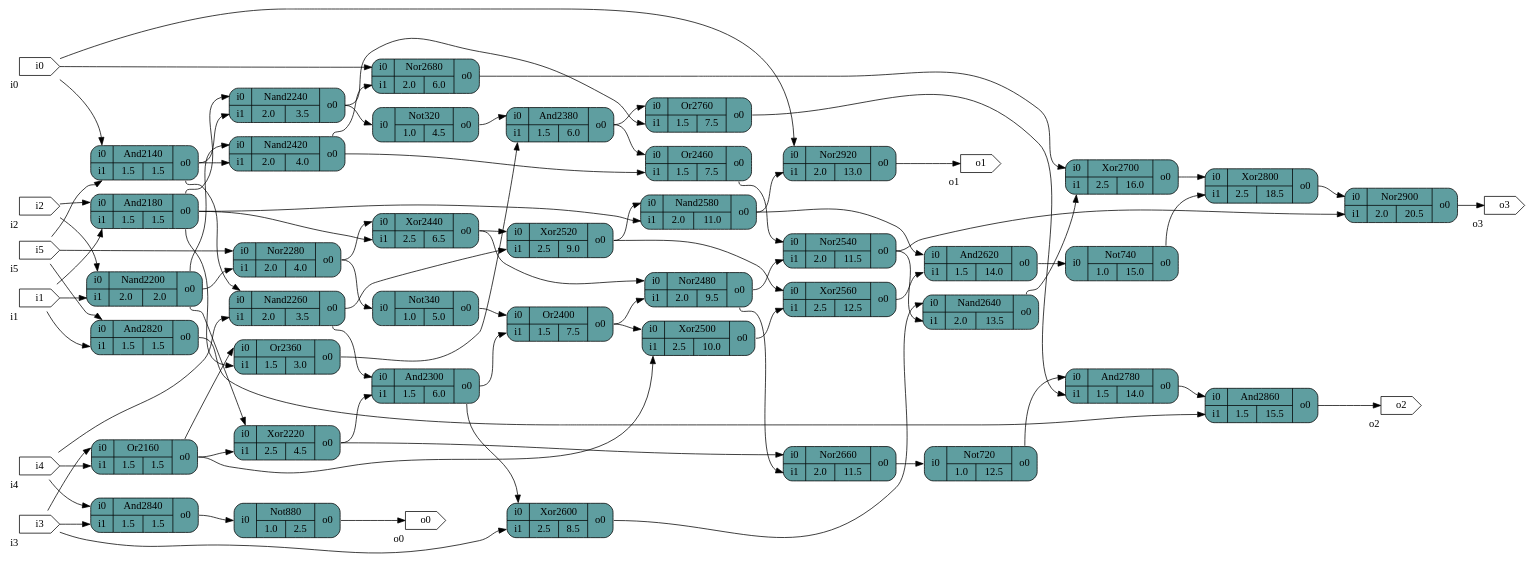
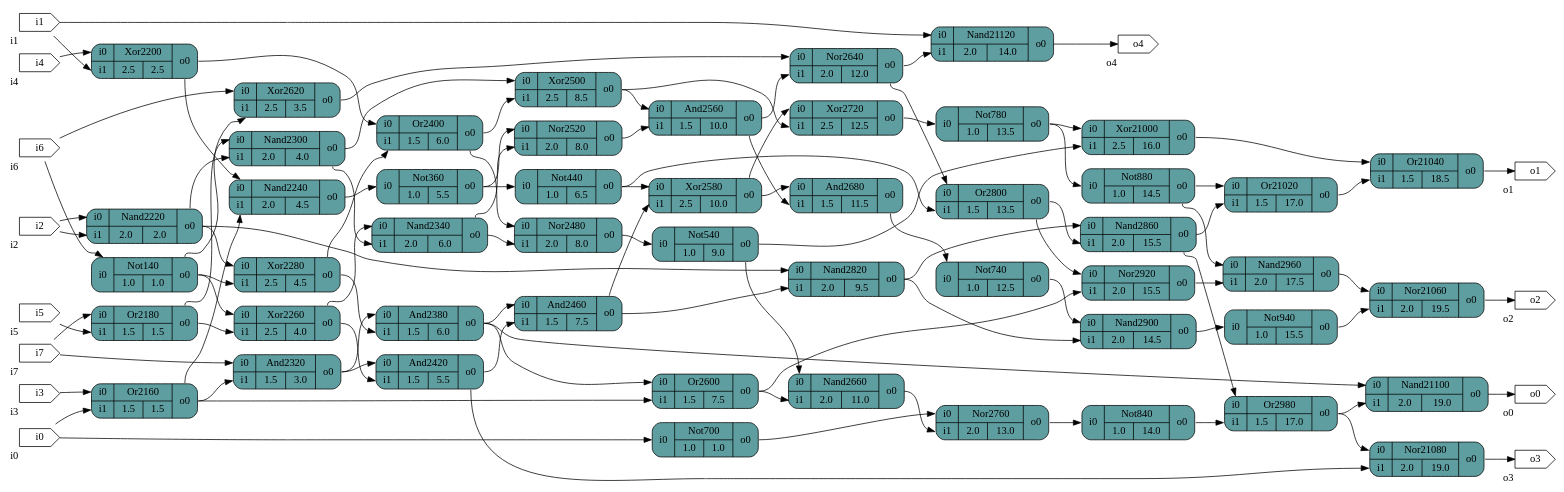
The diagram in rand_circ.dot (Quentin-Tual/Netenos), drawn with Graphviz before and after one commit. The commit also changed 9 other files, not shown here.

```diff
--- a/rand_circ.dot
+++ b/rand_circ.dot
@@ -1,132 +1,161 @@
 digraph test {
 		graph [rankdir = LR];
-		And2140[shape=record; style="rounded,filled"; fillcolor=cadetblue; label="{{<i0>i0|<i1>i1}|{And2140|{1.5|1.5}}|{<o0>o0}}"]
+		Not140[shape=record; style="rounded,filled"; fillcolor=cadetblue; label="{{<i0>i0}|{Not140|{1.0|1.0}}|{<o0>o0}}"]
 		Or2160[shape=record; style="rounded,filled"; fillcolor=cadetblue; label="{{<i0>i0|<i1>i1}|{Or2160|{1.5|1.5}}|{<o0>o0}}"]
-		And2180[shape=record; style="rounded,filled"; fillcolor=cadetblue; label="{{<i0>i0|<i1>i1}|{And2180|{1.5|1.5}}|{<o0>o0}}"]
-		Nand2200[shape=record; style="rounded,filled"; fillcolor=cadetblue; label="{{<i0>i0|<i1>i1}|{Nand2200|{2.0|2.0}}|{<o0>o0}}"]
-		Xor2220[shape=record; style="rounded,filled"; fillcolor=cadetblue; label="{{<i0>i0|<i1>i1}|{Xor2220|{2.5|4.5}}|{<o0>o0}}"]
-		Nand2240[shape=record; style="rounded,filled"; fillcolor=cadetblue; label="{{<i0>i0|<i1>i1}|{Nand2240|{2.0|3.5}}|{<o0>o0}}"]
-		Nand2260[shape=record; style="rounded,filled"; fillcolor=cadetblue; label="{{<i0>i0|<i1>i1}|{Nand2260|{2.0|3.5}}|{<o0>o0}}"]
-		Nor2280[shape=record; style="rounded,filled"; fillcolor=cadetblue; label="{{<i0>i0|<i1>i1}|{Nor2280|{2.0|4.0}}|{<o0>o0}}"]
-		And2300[shape=record; style="rounded,filled"; fillcolor=cadetblue; label="{{<i0>i0|<i1>i1}|{And2300|{1.5|6.0}}|{<o0>o0}}"]
-		Not320[shape=record; style="rounded,filled"; fillcolor=cadetblue; label="{{<i0>i0}|{Not320|{1.0|4.5}}|{<o0>o0}}"]
-		Not340[shape=record; style="rounded,filled"; fillcolor=cadetblue; label="{{<i0>i0}|{Not340|{1.0|5.0}}|{<o0>o0}}"]
-		Or2360[shape=record; style="rounded,filled"; fillcolor=cadetblue; label="{{<i0>i0|<i1>i1}|{Or2360|{1.5|3.0}}|{<o0>o0}}"]
+		Or2180[shape=record; style="rounded,filled"; fillcolor=cadetblue; label="{{<i0>i0|<i1>i1}|{Or2180|{1.5|1.5}}|{<o0>o0}}"]
+		Xor2200[shape=record; style="rounded,filled"; fillcolor=cadetblue; label="{{<i0>i0|<i1>i1}|{Xor2200|{2.5|2.5}}|{<o0>o0}}"]
+		Nand2220[shape=record; style="rounded,filled"; fillcolor=cadetblue; label="{{<i0>i0|<i1>i1}|{Nand2220|{2.0|2.0}}|{<o0>o0}}"]
+		Nand2240[shape=record; style="rounded,filled"; fillcolor=cadetblue; label="{{<i0>i0|<i1>i1}|{Nand2240|{2.0|4.5}}|{<o0>o0}}"]
+		Xor2260[shape=record; style="rounded,filled"; fillcolor=cadetblue; label="{{<i0>i0|<i1>i1}|{Xor2260|{2.5|4.0}}|{<o0>o0}}"]
+		Xor2280[shape=record; style="rounded,filled"; fillcolor=cadetblue; label="{{<i0>i0|<i1>i1}|{Xor2280|{2.5|4.5}}|{<o0>o0}}"]
+		Nand2300[shape=record; style="rounded,filled"; fillcolor=cadetblue; label="{{<i0>i0|<i1>i1}|{Nand2300|{2.0|4.0}}|{<o0>o0}}"]
+		And2320[shape=record; style="rounded,filled"; fillcolor=cadetblue; label="{{<i0>i0|<i1>i1}|{And2320|{1.5|3.0}}|{<o0>o0}}"]
+		Nand2340[shape=record; style="rounded,filled"; fillcolor=cadetblue; label="{{<i0>i0|<i1>i1}|{Nand2340|{2.0|6.0}}|{<o0>o0}}"]
+		Not360[shape=record; style="rounded,filled"; fillcolor=cadetblue; label="{{<i0>i0}|{Not360|{1.0|5.5}}|{<o0>o0}}"]
 		And2380[shape=record; style="rounded,filled"; fillcolor=cadetblue; label="{{<i0>i0|<i1>i1}|{And2380|{1.5|6.0}}|{<o0>o0}}"]
-		Or2400[shape=record; style="rounded,filled"; fillcolor=cadetblue; label="{{<i0>i0|<i1>i1}|{Or2400|{1.5|7.5}}|{<o0>o0}}"]
-		Nand2420[shape=record; style="rounded,filled"; fillcolor=cadetblue; label="{{<i0>i0|<i1>i1}|{Nand2420|{2.0|4.0}}|{<o0>o0}}"]
-		Xor2440[shape=record; style="rounded,filled"; fillcolor=cadetblue; label="{{<i0>i0|<i1>i1}|{Xor2440|{2.5|6.5}}|{<o0>o0}}"]
-		Or2460[shape=record; style="rounded,filled"; fillcolor=cadetblue; label="{{<i0>i0|<i1>i1}|{Or2460|{1.5|7.5}}|{<o0>o0}}"]
-		Nor2480[shape=record; style="rounded,filled"; fillcolor=cadetblue; label="{{<i0>i0|<i1>i1}|{Nor2480|{2.0|9.5}}|{<o0>o0}}"]
-		Xor2500[shape=record; style="rounded,filled"; fillcolor=cadetblue; label="{{<i0>i0|<i1>i1}|{Xor2500|{2.5|10.0}}|{<o0>o0}}"]
-		Xor2520[shape=record; style="rounded,filled"; fillcolor=cadetblue; label="{{<i0>i0|<i1>i1}|{Xor2520|{2.5|9.0}}|{<o0>o0}}"]
-		Nor2540[shape=record; style="rounded,filled"; fillcolor=cadetblue; label="{{<i0>i0|<i1>i1}|{Nor2540|{2.0|11.5}}|{<o0>o0}}"]
-		Xor2560[shape=record; style="rounded,filled"; fillcolor=cadetblue; label="{{<i0>i0|<i1>i1}|{Xor2560|{2.5|12.5}}|{<o0>o0}}"]
-		Nand2580[shape=record; style="rounded,filled"; fillcolor=cadetblue; label="{{<i0>i0|<i1>i1}|{Nand2580|{2.0|11.0}}|{<o0>o0}}"]
-		Xor2600[shape=record; style="rounded,filled"; fillcolor=cadetblue; label="{{<i0>i0|<i1>i1}|{Xor2600|{2.5|8.5}}|{<o0>o0}}"]
-		And2620[shape=record; style="rounded,filled"; fillcolor=cadetblue; label="{{<i0>i0|<i1>i1}|{And2620|{1.5|14.0}}|{<o0>o0}}"]
-		Nand2640[shape=record; style="rounded,filled"; fillcolor=cadetblue; label="{{<i0>i0|<i1>i1}|{Nand2640|{2.0|13.5}}|{<o0>o0}}"]
-		Nor2660[shape=record; style="rounded,filled"; fillcolor=cadetblue; label="{{<i0>i0|<i1>i1}|{Nor2660|{2.0|11.5}}|{<o0>o0}}"]
-		Nor2680[shape=record; style="rounded,filled"; fillcolor=cadetblue; label="{{<i0>i0|<i1>i1}|{Nor2680|{2.0|6.0}}|{<o0>o0}}"]
-		Xor2700[shape=record; style="rounded,filled"; fillcolor=cadetblue; label="{{<i0>i0|<i1>i1}|{Xor2700|{2.5|16.0}}|{<o0>o0}}"]
-		Not720[shape=record; style="rounded,filled"; fillcolor=cadetblue; label="{{<i0>i0}|{Not720|{1.0|12.5}}|{<o0>o0}}"]
-		Not740[shape=record; style="rounded,filled"; fillcolor=cadetblue; label="{{<i0>i0}|{Not740|{1.0|15.0}}|{<o0>o0}}"]
-		Or2760[shape=record; style="rounded,filled"; fillcolor=cadetblue; label="{{<i0>i0|<i1>i1}|{Or2760|{1.5|7.5}}|{<o0>o0}}"]
-		And2780[shape=record; style="rounded,filled"; fillcolor=cadetblue; label="{{<i0>i0|<i1>i1}|{And2780|{1.5|14.0}}|{<o0>o0}}"]
-		Xor2800[shape=record; style="rounded,filled"; fillcolor=cadetblue; label="{{<i0>i0|<i1>i1}|{Xor2800|{2.5|18.5}}|{<o0>o0}}"]
-		And2820[shape=record; style="rounded,filled"; fillcolor=cadetblue; label="{{<i0>i0|<i1>i1}|{And2820|{1.5|1.5}}|{<o0>o0}}"]
-		And2840[shape=record; style="rounded,filled"; fillcolor=cadetblue; label="{{<i0>i0|<i1>i1}|{And2840|{1.5|1.5}}|{<o0>o0}}"]
-		And2860[shape=record; style="rounded,filled"; fillcolor=cadetblue; label="{{<i0>i0|<i1>i1}|{And2860|{1.5|15.5}}|{<o0>o0}}"]
-		Not880[shape=record; style="rounded,filled"; fillcolor=cadetblue; label="{{<i0>i0}|{Not880|{1.0|2.5}}|{<o0>o0}}"]
-		Nor2900[shape=record; style="rounded,filled"; fillcolor=cadetblue; label="{{<i0>i0|<i1>i1}|{Nor2900|{2.0|20.5}}|{<o0>o0}}"]
-		Nor2920[shape=record; style="rounded,filled"; fillcolor=cadetblue; label="{{<i0>i0|<i1>i1}|{Nor2920|{2.0|13.0}}|{<o0>o0}}"]
+		Or2400[shape=record; style="rounded,filled"; fillcolor=cadetblue; label="{{<i0>i0|<i1>i1}|{Or2400|{1.5|6.0}}|{<o0>o0}}"]
+		And2420[shape=record; style="rounded,filled"; fillcolor=cadetblue; label="{{<i0>i0|<i1>i1}|{And2420|{1.5|5.5}}|{<o0>o0}}"]
+		Not440[shape=record; style="rounded,filled"; fillcolor=cadetblue; label="{{<i0>i0}|{Not440|{1.0|6.5}}|{<o0>o0}}"]
+		And2460[shape=record; style="rounded,filled"; fillcolor=cadetblue; label="{{<i0>i0|<i1>i1}|{And2460|{1.5|7.5}}|{<o0>o0}}"]
+		Nor2480[shape=record; style="rounded,filled"; fillcolor=cadetblue; label="{{<i0>i0|<i1>i1}|{Nor2480|{2.0|8.0}}|{<o0>o0}}"]
+		Xor2500[shape=record; style="rounded,filled"; fillcolor=cadetblue; label="{{<i0>i0|<i1>i1}|{Xor2500|{2.5|8.5}}|{<o0>o0}}"]
+		Nor2520[shape=record; style="rounded,filled"; fillcolor=cadetblue; label="{{<i0>i0|<i1>i1}|{Nor2520|{2.0|8.0}}|{<o0>o0}}"]
+		Not540[shape=record; style="rounded,filled"; fillcolor=cadetblue; label="{{<i0>i0}|{Not540|{1.0|9.0}}|{<o0>o0}}"]
+		And2560[shape=record; style="rounded,filled"; fillcolor=cadetblue; label="{{<i0>i0|<i1>i1}|{And2560|{1.5|10.0}}|{<o0>o0}}"]
+		Xor2580[shape=record; style="rounded,filled"; fillcolor=cadetblue; label="{{<i0>i0|<i1>i1}|{Xor2580|{2.5|10.0}}|{<o0>o0}}"]
+		Or2600[shape=record; style="rounded,filled"; fillcolor=cadetblue; label="{{<i0>i0|<i1>i1}|{Or2600|{1.5|7.5}}|{<o0>o0}}"]
+		Xor2620[shape=record; style="rounded,filled"; fillcolor=cadetblue; label="{{<i0>i0|<i1>i1}|{Xor2620|{2.5|3.5}}|{<o0>o0}}"]
+		Nor2640[shape=record; style="rounded,filled"; fillcolor=cadetblue; label="{{<i0>i0|<i1>i1}|{Nor2640|{2.0|12.0}}|{<o0>o0}}"]
+		Nand2660[shape=record; style="rounded,filled"; fillcolor=cadetblue; label="{{<i0>i0|<i1>i1}|{Nand2660|{2.0|11.0}}|{<o0>o0}}"]
+		And2680[shape=record; style="rounded,filled"; fillcolor=cadetblue; label="{{<i0>i0|<i1>i1}|{And2680|{1.5|11.5}}|{<o0>o0}}"]
+		Not700[shape=record; style="rounded,filled"; fillcolor=cadetblue; label="{{<i0>i0}|{Not700|{1.0|1.0}}|{<o0>o0}}"]
+		Xor2720[shape=record; style="rounded,filled"; fillcolor=cadetblue; label="{{<i0>i0|<i1>i1}|{Xor2720|{2.5|12.5}}|{<o0>o0}}"]
+		Not740[shape=record; style="rounded,filled"; fillcolor=cadetblue; label="{{<i0>i0}|{Not740|{1.0|12.5}}|{<o0>o0}}"]
+		Nor2760[shape=record; style="rounded,filled"; fillcolor=cadetblue; label="{{<i0>i0|<i1>i1}|{Nor2760|{2.0|13.0}}|{<o0>o0}}"]
+		Not780[shape=record; style="rounded,filled"; fillcolor=cadetblue; label="{{<i0>i0}|{Not780|{1.0|13.5}}|{<o0>o0}}"]
+		Or2800[shape=record; style="rounded,filled"; fillcolor=cadetblue; label="{{<i0>i0|<i1>i1}|{Or2800|{1.5|13.5}}|{<o0>o0}}"]
+		Nand2820[shape=record; style="rounded,filled"; fillcolor=cadetblue; label="{{<i0>i0|<i1>i1}|{Nand2820|{2.0|9.5}}|{<o0>o0}}"]
+		Not840[shape=record; style="rounded,filled"; fillcolor=cadetblue; label="{{<i0>i0}|{Not840|{1.0|14.0}}|{<o0>o0}}"]
+		Nand2860[shape=record; style="rounded,filled"; fillcolor=cadetblue; label="{{<i0>i0|<i1>i1}|{Nand2860|{2.0|15.5}}|{<o0>o0}}"]
+		Not880[shape=record; style="rounded,filled"; fillcolor=cadetblue; label="{{<i0>i0}|{Not880|{1.0|14.5}}|{<o0>o0}}"]
+		Nand2900[shape=record; style="rounded,filled"; fillcolor=cadetblue; label="{{<i0>i0|<i1>i1}|{Nand2900|{2.0|14.5}}|{<o0>o0}}"]
+		Nor2920[shape=record; style="rounded,filled"; fillcolor=cadetblue; label="{{<i0>i0|<i1>i1}|{Nor2920|{2.0|15.5}}|{<o0>o0}}"]
+		Not940[shape=record; style="rounded,filled"; fillcolor=cadetblue; label="{{<i0>i0}|{Not940|{1.0|15.5}}|{<o0>o0}}"]
+		Nand2960[shape=record; style="rounded,filled"; fillcolor=cadetblue; label="{{<i0>i0|<i1>i1}|{Nand2960|{2.0|17.5}}|{<o0>o0}}"]
+		Or2980[shape=record; style="rounded,filled"; fillcolor=cadetblue; label="{{<i0>i0|<i1>i1}|{Or2980|{1.5|17.0}}|{<o0>o0}}"]
+		Xor21000[shape=record; style="rounded,filled"; fillcolor=cadetblue; label="{{<i0>i0|<i1>i1}|{Xor21000|{2.5|16.0}}|{<o0>o0}}"]
+		Or21020[shape=record; style="rounded,filled"; fillcolor=cadetblue; label="{{<i0>i0|<i1>i1}|{Or21020|{1.5|17.0}}|{<o0>o0}}"]
+		Or21040[shape=record; style="rounded,filled"; fillcolor=cadetblue; label="{{<i0>i0|<i1>i1}|{Or21040|{1.5|18.5}}|{<o0>o0}}"]
+		Nor21060[shape=record; style="rounded,filled"; fillcolor=cadetblue; label="{{<i0>i0|<i1>i1}|{Nor21060|{2.0|19.5}}|{<o0>o0}}"]
+		Nor21080[shape=record; style="rounded,filled"; fillcolor=cadetblue; label="{{<i0>i0|<i1>i1}|{Nor21080|{2.0|19.0}}|{<o0>o0}}"]
+		Nand21100[shape=record; style="rounded,filled"; fillcolor=cadetblue; label="{{<i0>i0|<i1>i1}|{Nand21100|{2.0|19.0}}|{<o0>o0}}"]
+		Nand21120[shape=record; style="rounded,filled"; fillcolor=cadetblue; label="{{<i0>i0|<i1>i1}|{Nand21120|{2.0|14.0}}|{<o0>o0}}"]
 		i0[shape=cds,xlabel="i0"]
 		i1[shape=cds,xlabel="i1"]
 		i2[shape=cds,xlabel="i2"]
 		i3[shape=cds,xlabel="i3"]
 		i4[shape=cds,xlabel="i4"]
 		i5[shape=cds,xlabel="i5"]
+		i6[shape=cds,xlabel="i6"]
+		i7[shape=cds,xlabel="i7"]
 		o0[shape=cds,xlabel="o0"]
 		o1[shape=cds,xlabel="o1"]
 		o2[shape=cds,xlabel="o2"]
 		o3[shape=cds,xlabel="o3"]
-		i0 -> And2140:i0;
-		i0 -> Nor2680:i0;
-		i0 -> Nor2920:i0;
-		i1 -> And2180:i1;
-		i1 -> Nand2200:i1;
-		i1 -> And2820:i1;
-		i2 -> And2180:i0;
-		i2 -> Nand2200:i0;
+		o4[shape=cds,xlabel="o4"]
+		i0 -> Or2160:i1;
+		i0 -> Not700:i0;
+		i1 -> Xor2200:i1;
+		i1 -> Nand21120:i0;
+		i2 -> Nand2220:i0;
+		i2 -> Nand2220:i1;
 		i3 -> Or2160:i0;
-		i3 -> Xor2600:i1;
-		i3 -> And2840:i1;
-		i4 -> Or2160:i1;
-		i4 -> Nand2260:i1;
-		i4 -> And2840:i0;
-		i5 -> And2140:i1;
-		i5 -> Nor2280:i0;
-		i5 -> And2820:i0;
-		And2140:o0 -> Nand2240:i1;
-		And2140:o0 -> Nand2260:i0;
-		And2140:o0 -> Nand2420:i1;
-		Or2160:o0 -> Xor2220:i1;
-		Or2160:o0 -> Or2360:i0;
-		Or2160:o0 -> Xor2500:i1;
-		And2180:o0 -> Nand2240:i0;
-		And2180:o0 -> Or2360:i1;
-		And2180:o0 -> Xor2440:i1;
-		And2180:o0 -> Nand2580:i1;
-		Nand2200:o0 -> Xor2220:i0;
-		Nand2200:o0 -> Nor2280:i1;
-		Nand2200:o0 -> Nand2420:i0;
-		Xor2220:o0 -> And2300:i1;
-		Xor2220:o0 -> Nor2660:i0;
-		Nand2240:o0 -> Not320:i0;
-		Nand2240:o0 -> Or2760:i1;
-		Nand2260:o0 -> And2300:i0;
-		Nand2260:o0 -> Xor2520:i1;
-		Nor2280:o0 -> Not340:i0;
-		Nor2280:o0 -> Xor2440:i0;
-		And2300:o0 -> Or2400:i1;
-		And2300:o0 -> Xor2600:i0;
-		Not320:o0 -> And2380:i0;
-		Not340:o0 -> Or2400:i0;
-		Or2360:o0 -> And2380:i1;
-		And2380:o0 -> Or2460:i0;
-		And2380:o0 -> Or2760:i0;
-		Or2400:o0 -> Nor2480:i1;
-		Or2400:o0 -> Xor2500:i0;
-		Nand2420:o0 -> Or2460:i1;
-		Nand2420:o0 -> Nor2680:i1;
-		Xor2440:o0 -> Nor2480:i0;
-		Xor2440:o0 -> Xor2520:i0;
-		Or2460:o0 -> Nor2540:i0;
-		Nor2480:o0 -> Nor2540:i1;
-		Nor2480:o0 -> Nor2660:i1;
-		Xor2500:o0 -> Xor2560:i1;
-		Xor2520:o0 -> Xor2560:i0;
-		Xor2520:o0 -> Nand2580:i0;
-		Nor2540:o0 -> Nand2640:i1;
-		Nor2540:o0 -> Nor2900:i1;
-		Xor2560:o0 -> And2620:i1;
-		Nand2580:o0 -> And2620:i0;
-		Nand2580:o0 -> Nor2920:i1;
-		Xor2600:o0 -> Nand2640:i0;
-		And2620:o0 -> Not740:i0;
-		Nand2640:o0 -> Xor2700:i1;
-		Nor2660:o0 -> Not720:i0;
-		Nor2680:o0 -> Xor2700:i0;
-		Xor2700:o0 -> Xor2800:i0;
-		Not720:o0 -> And2780:i0;
-		Not740:o0 -> Xor2800:i1;
-		Or2760:o0 -> And2780:i1;
-		And2780:o0 -> And2860:i0;
-		Xor2800:o0 -> Nor2900:i0;
-		And2820:o0 -> And2860:i1;
-		And2840:o0 -> Not880:i0;
-		And2860:o0 -> o2;
-		Not880:o0 -> o0;
-		Nor2900:o0 -> o3;
-		Nor2920:o0 -> o1;
+		i4 -> Xor2200:i0;
+		i5 -> Or2180:i1;
+		i6 -> Not140:i0;
+		i6 -> Xor2620:i0;
+		i7 -> Or2180:i0;
+		i7 -> And2320:i0;
+		Not140:o0 -> Xor2260:i0;
+		Not140:o0 -> Xor2280:i1;
+		Not140:o0 -> Xor2620:i1;
+		Or2160:o0 -> Nand2240:i1;
+		Or2160:o0 -> And2320:i1;
+		Or2160:o0 -> Or2600:i1;
+		Or2180:o0 -> Xor2260:i1;
+		Or2180:o0 -> Nand2300:i0;
+		Xor2200:o0 -> Nand2240:i0;
+		Xor2200:o0 -> Or2400:i0;
+		Nand2220:o0 -> Xor2280:i0;
+		Nand2220:o0 -> Nand2300:i1;
+		Nand2220:o0 -> Nand2820:i0;
+		Nand2240:o0 -> Not360:i0;
+		Xor2260:o0 -> Nand2340:i0;
+		Xor2260:o0 -> And2420:i1;
+		Xor2280:o0 -> And2380:i1;
+		Xor2280:o0 -> Or2400:i1;
+		Nand2300:o0 -> Nand2340:i1;
+		Nand2300:o0 -> Xor2500:i0;
+		And2320:o0 -> And2380:i0;
+		And2320:o0 -> And2420:i0;
+		Nand2340:o0 -> Nor2480:i1;
+		Nand2340:o0 -> Nor2520:i1;
+		Not360:o0 -> Not440:i0;
+		Not360:o0 -> Nor2520:i0;
+		And2380:o0 -> And2460:i0;
+		And2380:o0 -> Or2600:i0;
+		And2380:o0 -> Nand21100:i0;
+		Or2400:o0 -> Nor2480:i0;
+		Or2400:o0 -> Xor2500:i1;
+		And2420:o0 -> And2460:i1;
+		And2420:o0 -> Nor21080:i1;
+		Not440:o0 -> Xor2580:i0;
+		Not440:o0 -> Or2800:i1;
+		And2460:o0 -> Xor2580:i1;
+		And2460:o0 -> Nand2820:i1;
+		Nor2480:o0 -> Not540:i0;
+		Xor2500:o0 -> And2560:i0;
+		Xor2500:o0 -> Xor2720:i1;
+		Nor2520:o0 -> And2560:i1;
+		Not540:o0 -> Nand2660:i0;
+		Not540:o0 -> Xor21000:i1;
+		And2560:o0 -> Nor2640:i1;
+		And2560:o0 -> And2680:i1;
+		Xor2580:o0 -> And2680:i0;
+		Xor2580:o0 -> Xor2720:i0;
+		Or2600:o0 -> Nand2660:i1;
+		Or2600:o0 -> Nor2920:i1;
+		Xor2620:o0 -> Nor2640:i0;
+		Nor2640:o0 -> Or2800:i0;
+		Nor2640:o0 -> Nand21120:i1;
+		Nand2660:o0 -> Nor2760:i1;
+		And2680:o0 -> Not740:i0;
+		Not700:o0 -> Nor2760:i0;
+		Xor2720:o0 -> Not780:i0;
+		Not740:o0 -> Nand2900:i0;
+		Nor2760:o0 -> Not840:i0;
+		Not780:o0 -> Not880:i0;
+		Not780:o0 -> Xor21000:i0;
+		Or2800:o0 -> Nand2860:i1;
+		Or2800:o0 -> Nor2920:i0;
+		Nand2820:o0 -> Nand2860:i0;
+		Nand2820:o0 -> Nand2900:i1;
+		Not840:o0 -> Or2980:i1;
+		Nand2860:o0 -> Or2980:i0;
+		Nand2860:o0 -> Or21020:i1;
+		Not880:o0 -> Nand2960:i0;
+		Not880:o0 -> Or21020:i0;
+		Nand2900:o0 -> Not940:i0;
+		Nor2920:o0 -> Nand2960:i1;
+		Not940:o0 -> Nor21060:i1;
+		Nand2960:o0 -> Nor21060:i0;
+		Or2980:o0 -> Nor21080:i0;
+		Or2980:o0 -> Nand21100:i1;
+		Xor21000:o0 -> Or21040:i0;
+		Or21020:o0 -> Or21040:i1;
+		Or21040:o0 -> o1;
+		Nor21060:o0 -> o2;
+		Nor21080:o0 -> o3;
+		Nand21100:o0 -> o0;
+		Nand21120:o0 -> o4;
 }
```
